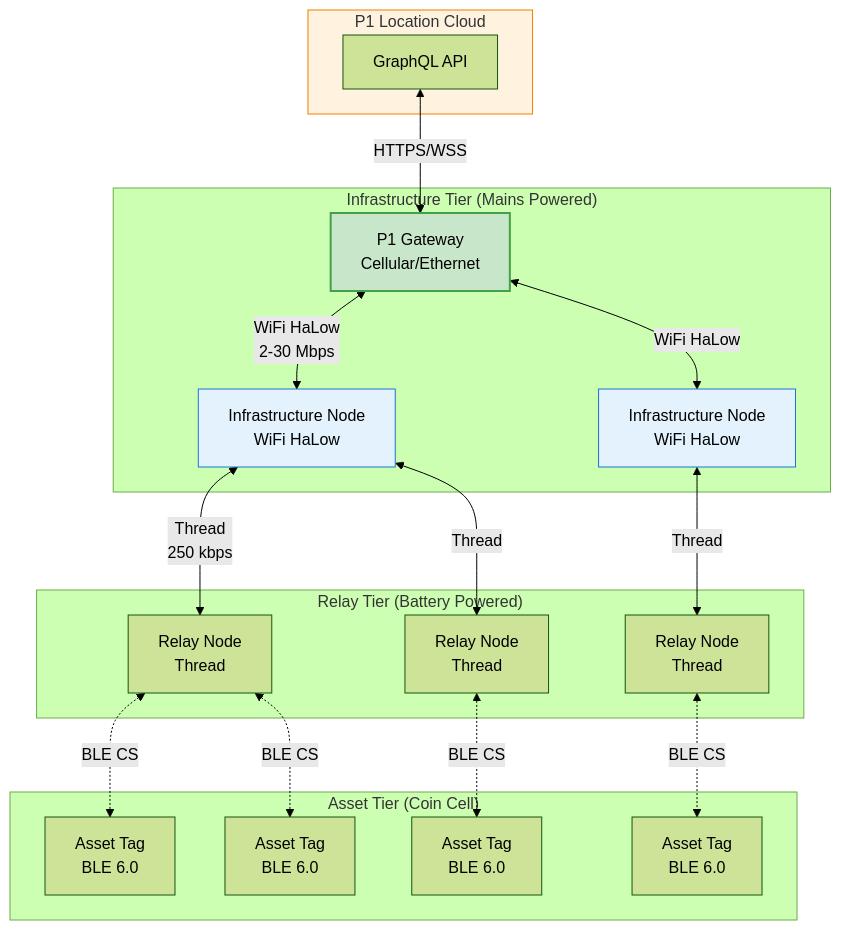
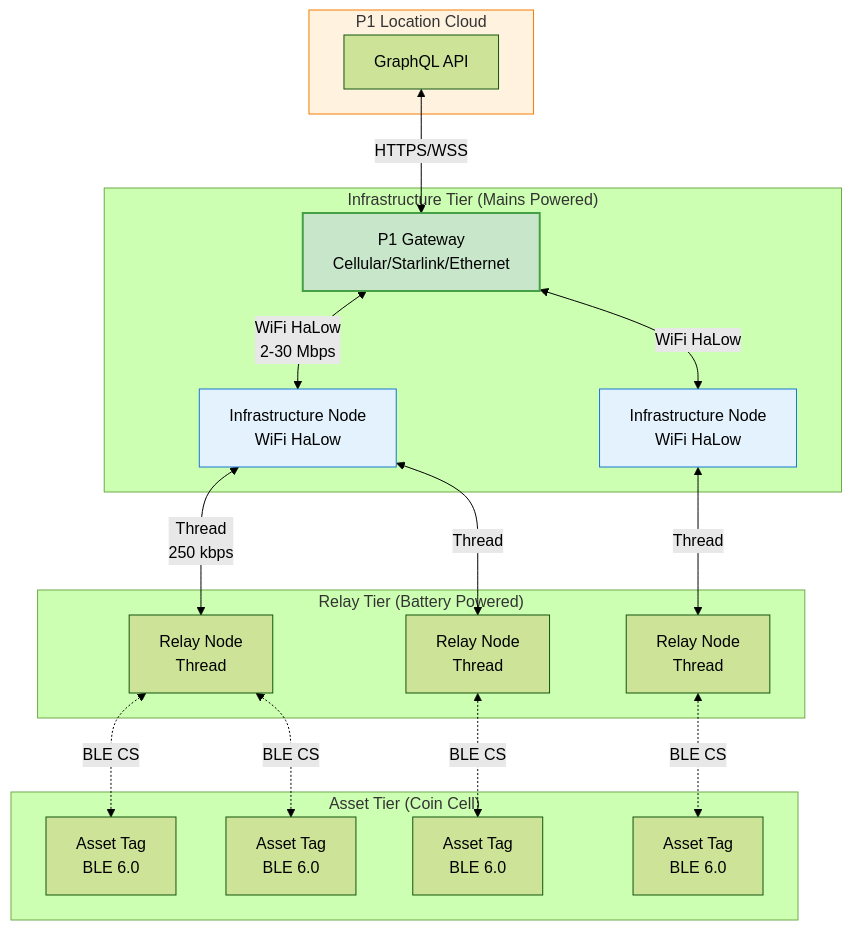
The ninth of 10 diagrams in Ubiquitous_Location-Extending_P1s_Platform_from_Outdoor_GNSS_to_Indoor_and_Asset-Level_Visibility/Ubiquitous_Location-Extending_P1s_Platform_from_Outdoor_GNSS_to_Indoor_and_Asset-Level_Visibility.md (rlourette/ArticlesPapers), drawn with Mermaid (forest theme) before and after one commit. The commit also changed other lines of this file, not shown here.

Commit message:
minor tweak

````diff
--- a/Ubiquitous_Location-Extending_P1s_Platform_from_Outdoor_GNSS_to_Indoor_and_Asset-Level_Visibility/Ubiquitous_Location-Extending_P1s_Platform_from_Outdoor_GNSS_to_Indoor_and_Asset-Level_Visibility.md
+++ b/Ubiquitous_Location-Extending_P1s_Platform_from_Outdoor_GNSS_to_Indoor_and_Asset-Level_Visibility/Ubiquitous_Location-Extending_P1s_Platform_from_Outdoor_GNSS_to_Indoor_and_Asset-Level_Visibility.md
@@ -851,43 +851,43 @@
 ```mermaid
 flowchart TB
     subgraph Cloud["P1 Location Cloud"]
         API["GraphQL API"]
     end
     
     subgraph Infrastructure["Infrastructure Tier (Mains Powered)"]
-        GW["P1 Gateway<br/>Cellular/Ethernet"]
+        GW["P1 Gateway<br/>Cellular/Starlink/Ethernet"]
         INF1["Infrastructure Node<br/>WiFi HaLow"]
         INF2["Infrastructure Node<br/>WiFi HaLow"]
     end
     
     subgraph Relay["Relay Tier (Battery Powered)"]
         REL1["Relay Node<br/>Thread"]
         REL2["Relay Node<br/>Thread"]
         REL3["Relay Node<br/>Thread"]
     end
     
     subgraph Asset["Asset Tier (Coin Cell)"]
         TAG1["Asset Tag<br/>BLE 6.0"]
         TAG2["Asset Tag<br/>BLE 6.0"]
         TAG3["Asset Tag<br/>BLE 6.0"]
         TAG4["Asset Tag<br/>BLE 6.0"]
     end
     
     API <-->|"HTTPS/WSS"| GW
     GW <-->|"WiFi HaLow<br/>2-30 Mbps"| INF1
     GW <-->|"WiFi HaLow"| INF2
     
     INF1 <-->|"Thread<br/>250 kbps"| REL1
     INF1 <-->|"Thread"| REL2
     INF2 <-->|"Thread"| REL3
     
     REL1 <-.->|"BLE CS"| TAG1
     REL1 <-.->|"BLE CS"| TAG2
     REL2 <-.->|"BLE CS"| TAG3
     REL3 <-.->|"BLE CS"| TAG4
     
     style Cloud fill:#fff3e0,stroke:#f57c00
     style GW fill:#c8e6c9,stroke:#43a047,stroke-width:2px
     style INF1 fill:#e3f2fd,stroke:#1976d2
     style INF2 fill:#e3f2fd,stroke:#1976d2
 ```
````
